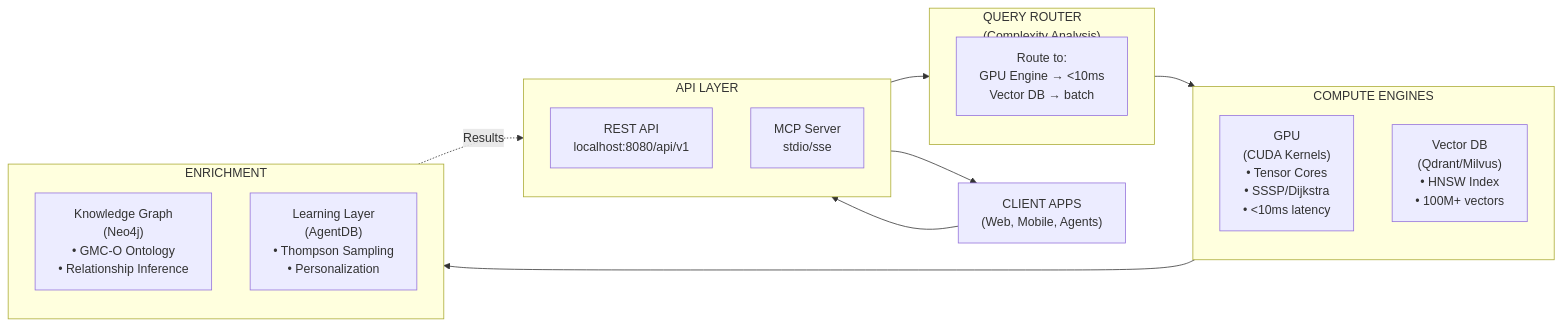
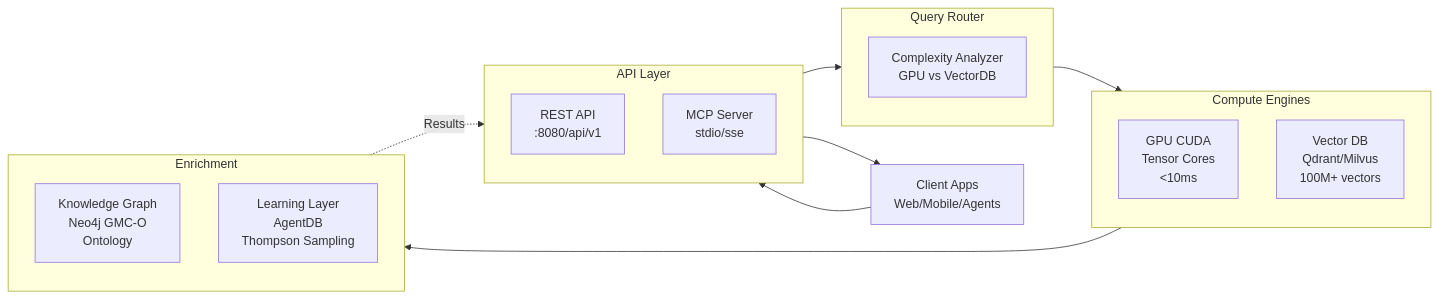
One commit to jjohare/hackathon-tv5 changed the diagram in semantic-recommender/README.md. Above: the diagram before and after it, drawn with Mermaid. The commit also changed other lines of this file, not shown here.

````diff
--- a/semantic-recommender/README.md
+++ b/semantic-recommender/README.md
@@ -57,30 +198,26 @@
 ```mermaid
 graph LR
-    A["CLIENT APPS<br/>(Web, Mobile, Agents)"]
+    A[Client Apps<br/>Web/Mobile/Agents]
 
-    subgraph API["API LAYER"]
-        REST["REST API<br/>localhost:8080/api/v1"]
-        MCP["MCP Server<br/>stdio/sse"]
+    subgraph API[API Layer]
+        REST[REST API<br/>:8080/api/v1]
+        MCP[MCP Server<br/>stdio/sse]
     end
 
-    subgraph ROUTER["QUERY ROUTER<br/>(Complexity Analysis)"]
-        ROUTE["Route to:<br/>GPU Engine &rarr; <10ms<br/>Vector DB &rarr; batch"]
+    subgraph ROUTER[Query Router]
+        ROUTE[Complexity Analyzer<br/>GPU vs VectorDB]
     end
 
-    subgraph COMPUTE["COMPUTE ENGINES"]
-        GPU["GPU<br/>(CUDA Kernels)<br/>• Tensor Cores<br/>• SSSP/Dijkstra<br/>• <10ms latency"]
-        VDB["Vector DB<br/>(Qdrant/Milvus)<br/>• HNSW Index<br/>• 100M+ vectors"]
+    subgraph COMPUTE[Compute Engines]
+        GPU[GPU CUDA<br/>Tensor Cores<br/><10ms]
+        VDB[Vector DB<br/>Qdrant/Milvus<br/>100M+ vectors]
     end
 
-    subgraph ENRICH["ENRICHMENT"]
-        KG["Knowledge Graph<br/>(Neo4j)<br/>• GMC-O Ontology<br/>• Relationship Inference"]
-        RL["Learning Layer<br/>(AgentDB)<br/>• Thompson Sampling<br/>• Personalization"]
+    subgraph ENRICH[Enrichment]
+        KG[Knowledge Graph<br/>Neo4j GMC-O<br/>Ontology]
+        RL[Learning Layer<br/>AgentDB<br/>Thompson Sampling]
     end
 
-    A --> API
-    API --> ROUTER
-    ROUTER --> COMPUTE
-    COMPUTE --> ENRICH
-    ENRICH -.->|Results| API
-    API --> A
+    A --> API --> ROUTER --> COMPUTE --> ENRICH
+    ENRICH -.Results.-> API --> A
 ```
````
